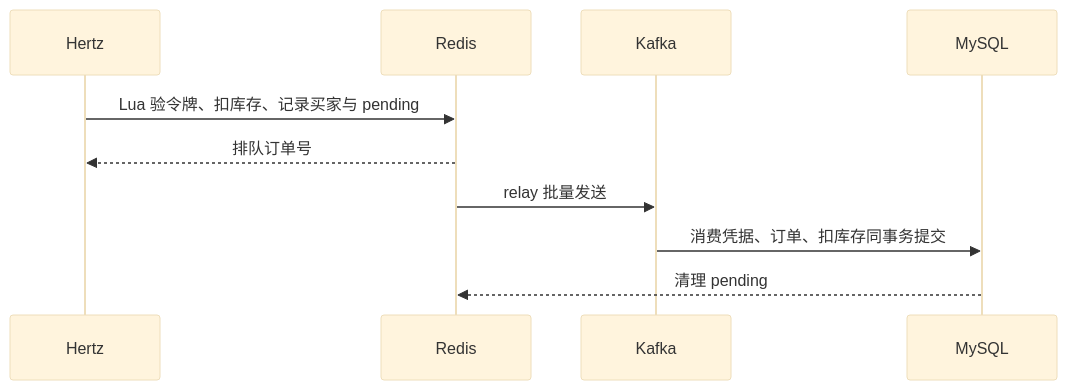
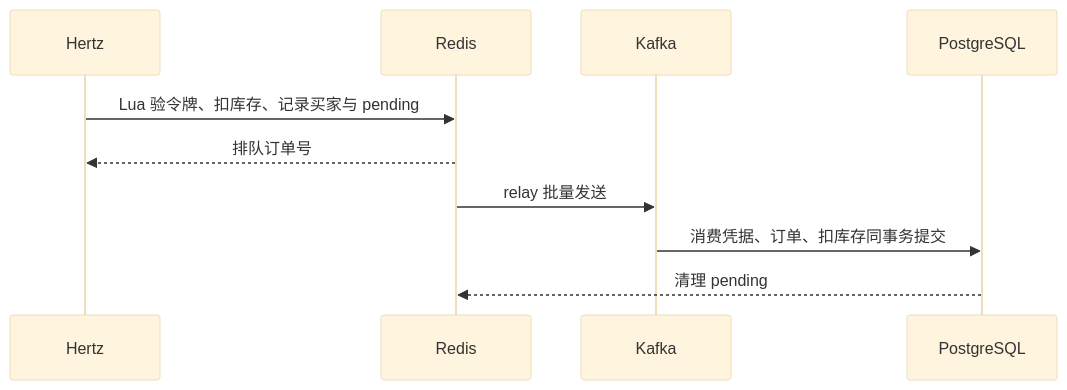
Before and after one commit to SctHy/xzdp-go: the first of 3 diagrams in docs/trade.md, drawn with Mermaid (base theme). The commit also changed other lines of this file and 10 other files, not shown here.

````diff
--- a/docs/trade.md
+++ b/docs/trade.md
@@ -5,12 +5,12 @@
 ```mermaid
 sequenceDiagram
  participant H as Hertz
  participant R as Redis
  participant K as Kafka
- participant D as MySQL
+ participant D as PostgreSQL
  H->>R: Lua 验令牌、扣库存、记录买家与 pending
  R-->>H: 排队订单号
  R->>K: relay 批量发送
  K->>D: 消费凭据、订单、扣库存同事务提交
  D-->>R: 清理 pending
 ```
````
